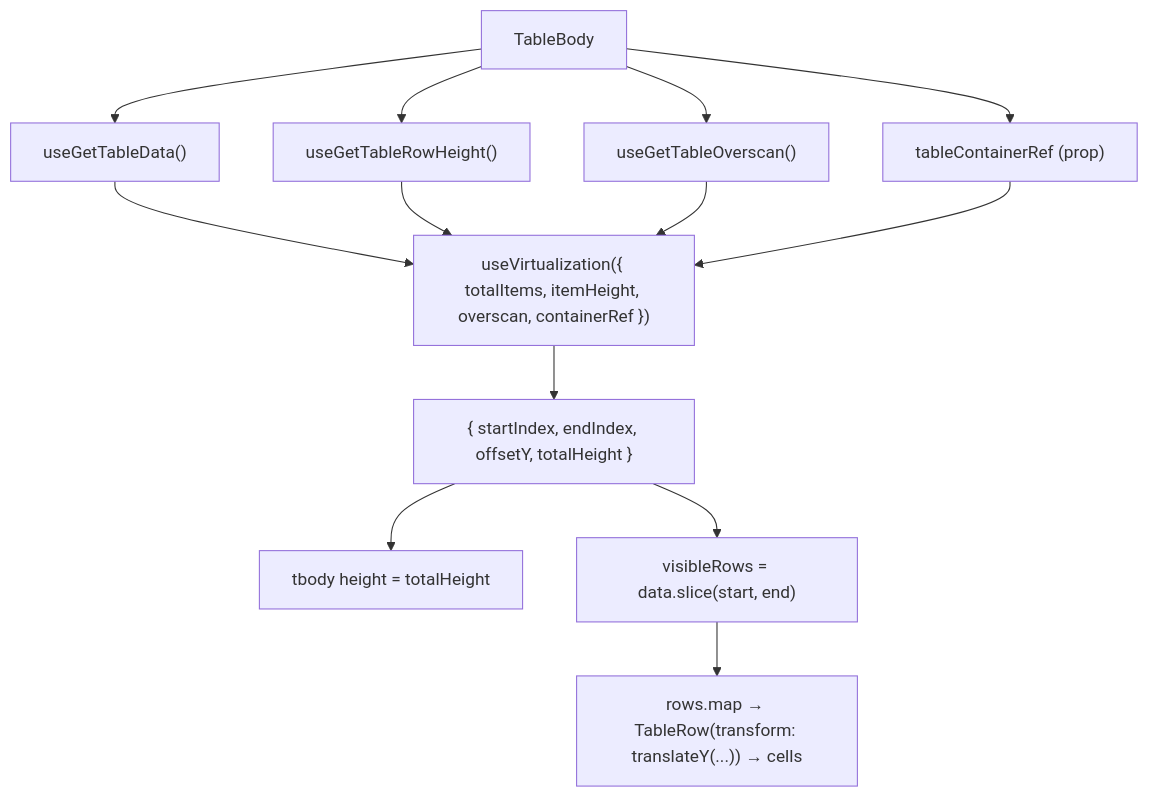
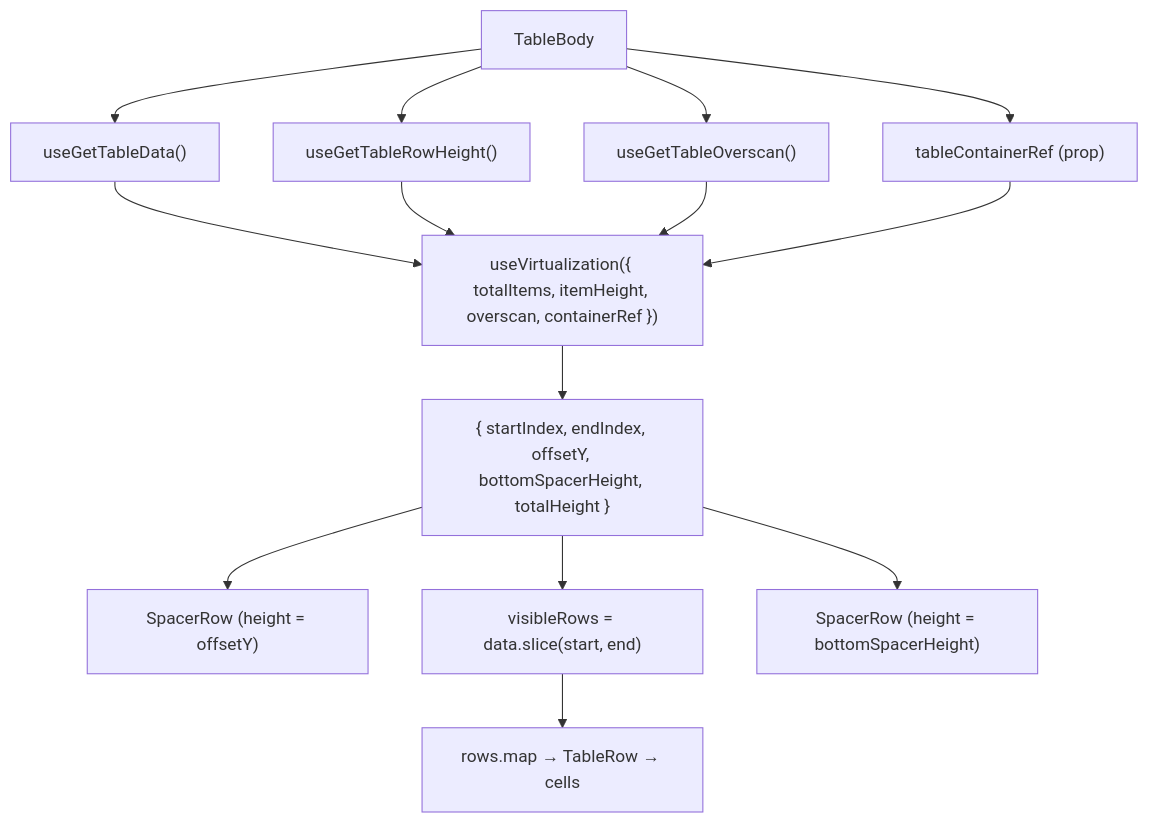
One commit to luciocabrera/lcabrera-stack changed the first of 2 diagrams in src/components/Table/TableBody/ARCHITECTURE.md. Above: the diagram before and after it, drawn with Mermaid. The commit also changed other lines of this file and 2 other files, not shown here.

Commit message:
feat(Table): update architecture documentation and tests for SpacerRow implementation in virtualization

````diff
--- a/src/components/Table/TableBody/ARCHITECTURE.md
+++ b/src/components/Table/TableBody/ARCHITECTURE.md
@@ -43,17 +56,18 @@
 ```mermaid
 graph TD
   TB["TableBody"] --> data["useGetTableData()"]
   TB --> rh["useGetTableRowHeight()"]
   TB --> os["useGetTableOverscan()"]
   TB --> ref["tableContainerRef (prop)"]
 
   data --> virt["useVirtualization({ totalItems, itemHeight, overscan, containerRef })"]
   rh --> virt
   os --> virt
   ref --> virt
 
-  virt --> range["{ startIndex, endIndex, offsetY, totalHeight }"]
-  range --> bodyHeight["tbody height = totalHeight"]
+  virt --> range["{ startIndex, endIndex, offsetY, bottomSpacerHeight, totalHeight }"]
+  range --> topSpacer["SpacerRow (height = offsetY)"]
   range --> rows["visibleRows = data.slice(start, end)"]
-  rows --> map["rows.map → TableRow(transform: translateY(...)) → cells"]
+  range --> bottomSpacer["SpacerRow (height = bottomSpacerHeight)"]
+  rows --> map["rows.map → TableRow → cells"]
 ```
````
